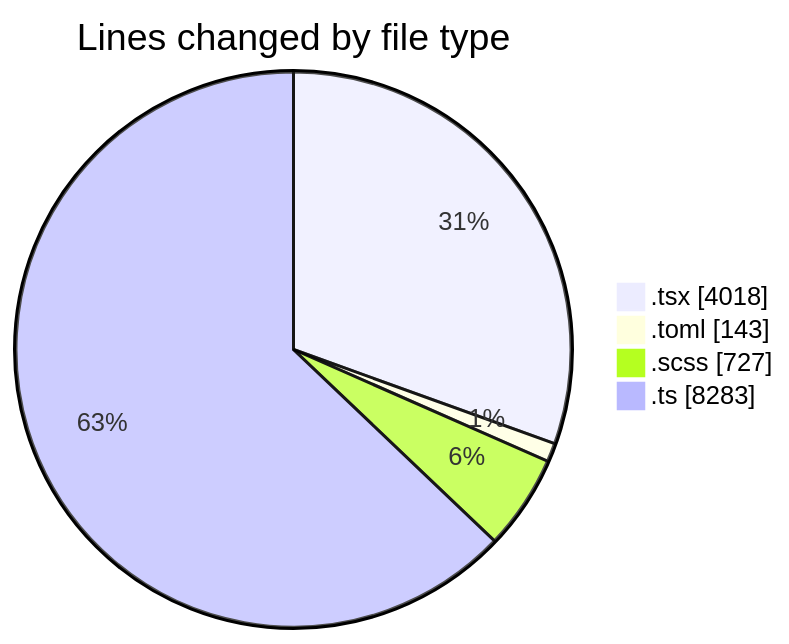
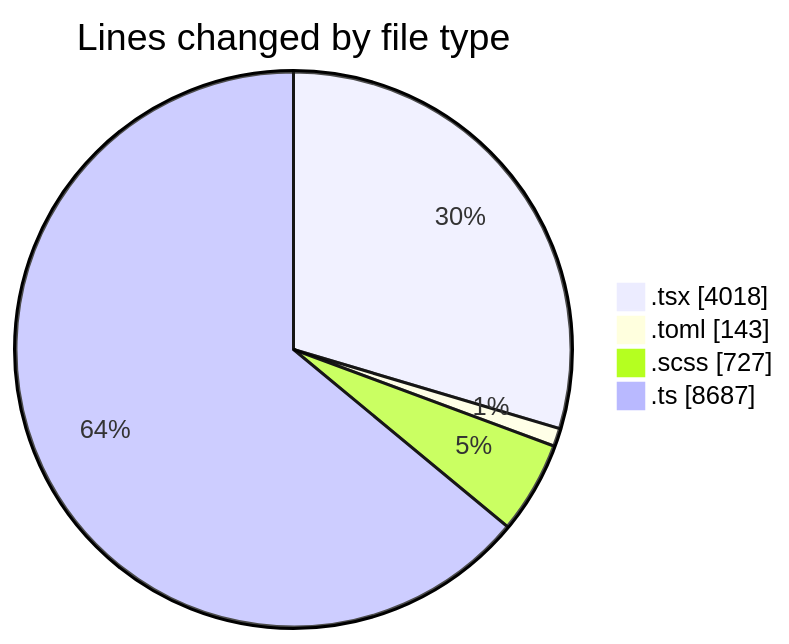
The first of 2 diagrams in 2026-11-02/cda/README.md (momahboobian/code-tracking), drawn with Mermaid before and after one commit. The commit also changed other lines of this file and 1 other file, not shown here.

````diff
--- a/2026-11-02/cda/README.md
+++ b/2026-11-02/cda/README.md
@@ -64,8 +64,8 @@
 ```mermaid
 pie showData
 title Lines changed by file type
 ".tsx" : 4018
 ".toml" : 143
 ".scss" : 727
-".ts" : 8283
+".ts" : 8687
 ```
````
